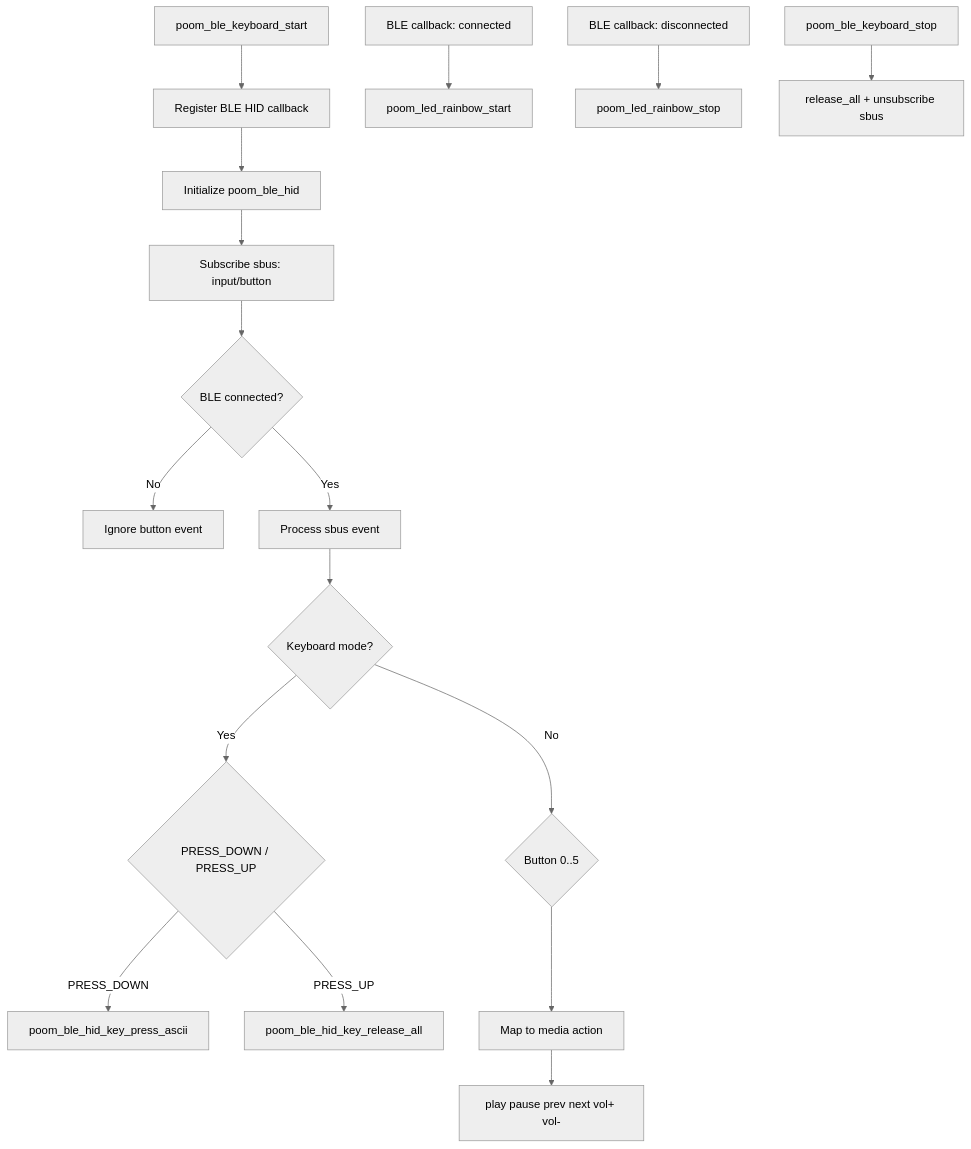
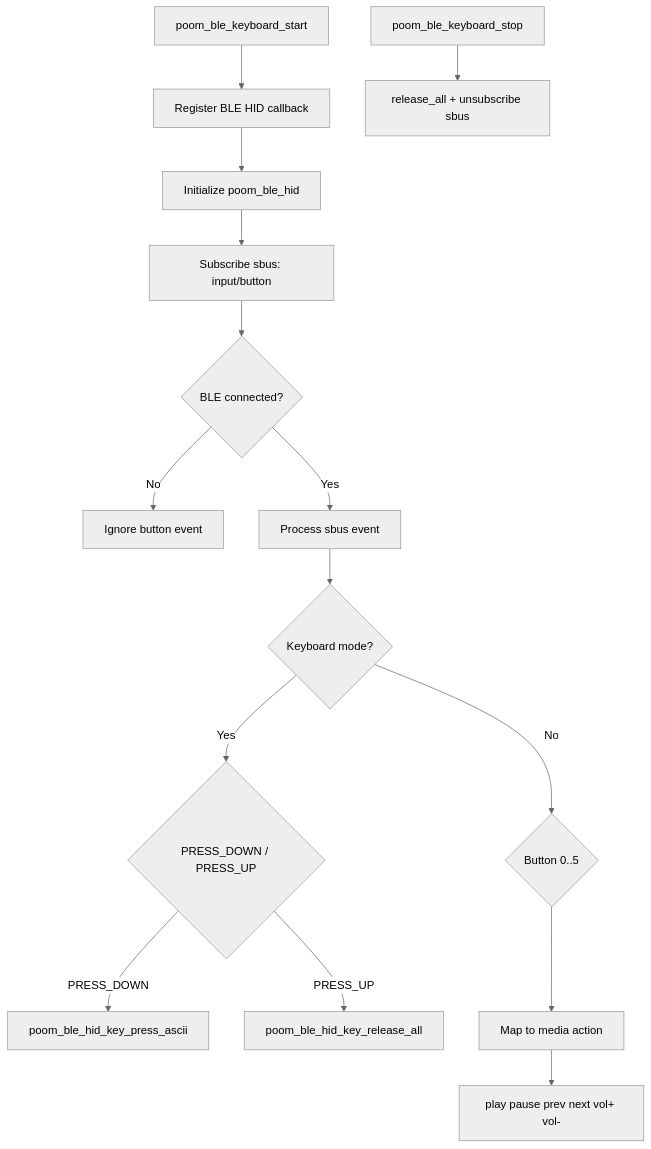
Before and after one commit to The-POOM/the_poom: the diagram in applications/poom_ble_keyboard/README.md, drawn with Mermaid (neutral theme). The commit also changed other lines of this file and 83 other files, not shown here.

````diff
--- a/applications/poom_ble_keyboard/README.md
+++ b/applications/poom_ble_keyboard/README.md
@@ -33,24 +33,21 @@
 ```mermaid
 flowchart TD
     A[poom_ble_keyboard_start] --> B[Register BLE HID callback]
     B --> C[Initialize poom_ble_hid]
     C --> D[Subscribe sbus: input/button]
     D --> E{BLE connected?}
 
     E -- No --> F[Ignore button event]
     E -- Yes --> G[Process sbus event]
 
     G --> H{Keyboard mode?}
     H -- Yes --> I{PRESS_DOWN / PRESS_UP}
     I -- PRESS_DOWN --> J[poom_ble_hid_key_press_ascii]
     I -- PRESS_UP --> K[poom_ble_hid_key_release_all]
 
     H -- No --> L{Button 0..5}
     L --> M[Map to media action]
     M --> N[play pause prev next vol+ vol-]
 
-    O[BLE callback: connected] --> P[poom_led_rainbow_start]
-    Q[BLE callback: disconnected] --> R[poom_led_rainbow_stop]
-
     S[poom_ble_keyboard_stop] --> T[release_all + unsubscribe sbus]
 ```
````
